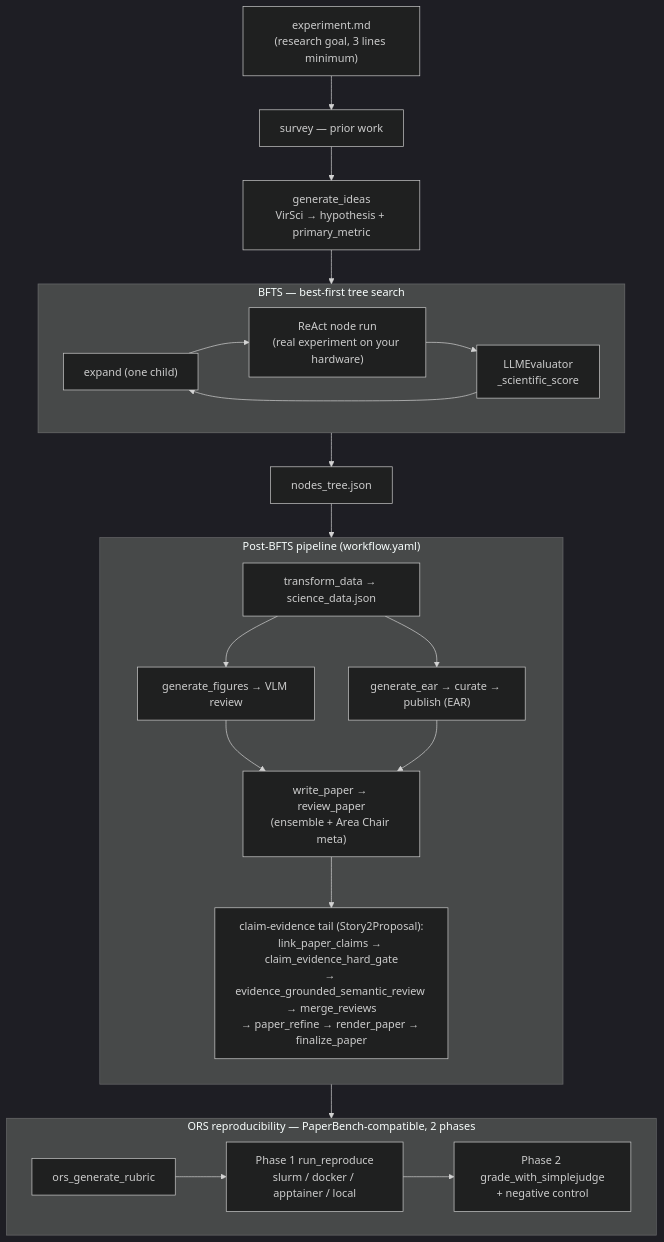
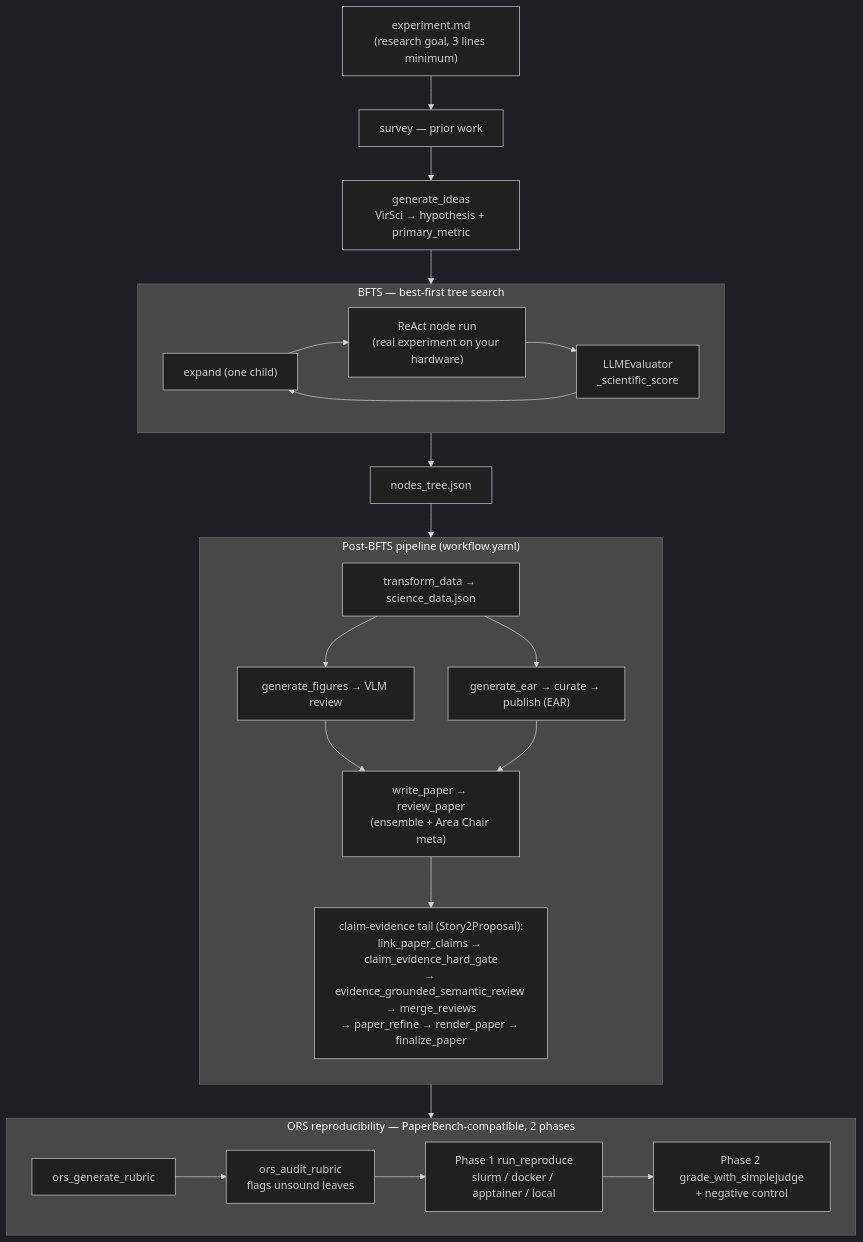
One commit to kotama7/ARI changed the diagram in docs/concepts/architecture.md. Above: the diagram before and after it, drawn with Mermaid (dark theme). The commit also changed other lines of this file and 800 other files, not shown here.

````diff
--- a/docs/concepts/architecture.md
+++ b/docs/concepts/architecture.md
@@ -49,40 +64,41 @@
 ```mermaid
 flowchart TB
     exp["experiment.md<br/>(research goal, 3 lines minimum)"]
     exp --> survey["survey — prior work"]
     survey --> ideas["generate_ideas<br/>VirSci → hypothesis + primary_metric"]
     ideas --> bfts
 
     subgraph bfts["BFTS — best-first tree search"]
         direction LR
         expand["expand (one child)"] --> run["ReAct node run<br/>(real experiment on your hardware)"]
         run --> eval["LLMEvaluator<br/>_scientific_score"]
         eval --> expand
     end
 
     bfts --> tree["nodes_tree.json"]
 
     subgraph post["Post-BFTS pipeline (workflow.yaml)"]
         direction TB
         transform["transform_data → science_data.json"]
         figures["generate_figures → VLM review"]
         paper["write_paper → review_paper<br/>(ensemble + Area Chair meta)"]
         claimtail["claim-evidence tail (Story2Proposal):<br/>link_paper_claims → claim_evidence_hard_gate<br/>→ evidence_grounded_semantic_review → merge_reviews<br/>→ paper_refine → render_paper → finalize_paper"]
         ear["generate_ear → curate → publish (EAR)"]
         transform --> figures
         transform --> ear
         figures --> paper
         ear --> paper
         paper --> claimtail
     end
 
     tree --> post
 
     subgraph ors["ORS reproducibility — PaperBench-compatible, 2 phases"]
         direction LR
-        rubric["ors_generate_rubric"] --> p1["Phase 1 run_reproduce<br/>slurm / docker / apptainer / local"]
+        rubric["ors_generate_rubric"] --> audit["ors_audit_rubric<br/>flags unsound leaves"]
+        audit --> p1["Phase 1 run_reproduce<br/>slurm / docker / apptainer / local"]
         p1 --> p2["Phase 2 grade_with_simplejudge<br/>+ negative control"]
     end
 
     post --> ors
 ```
````
